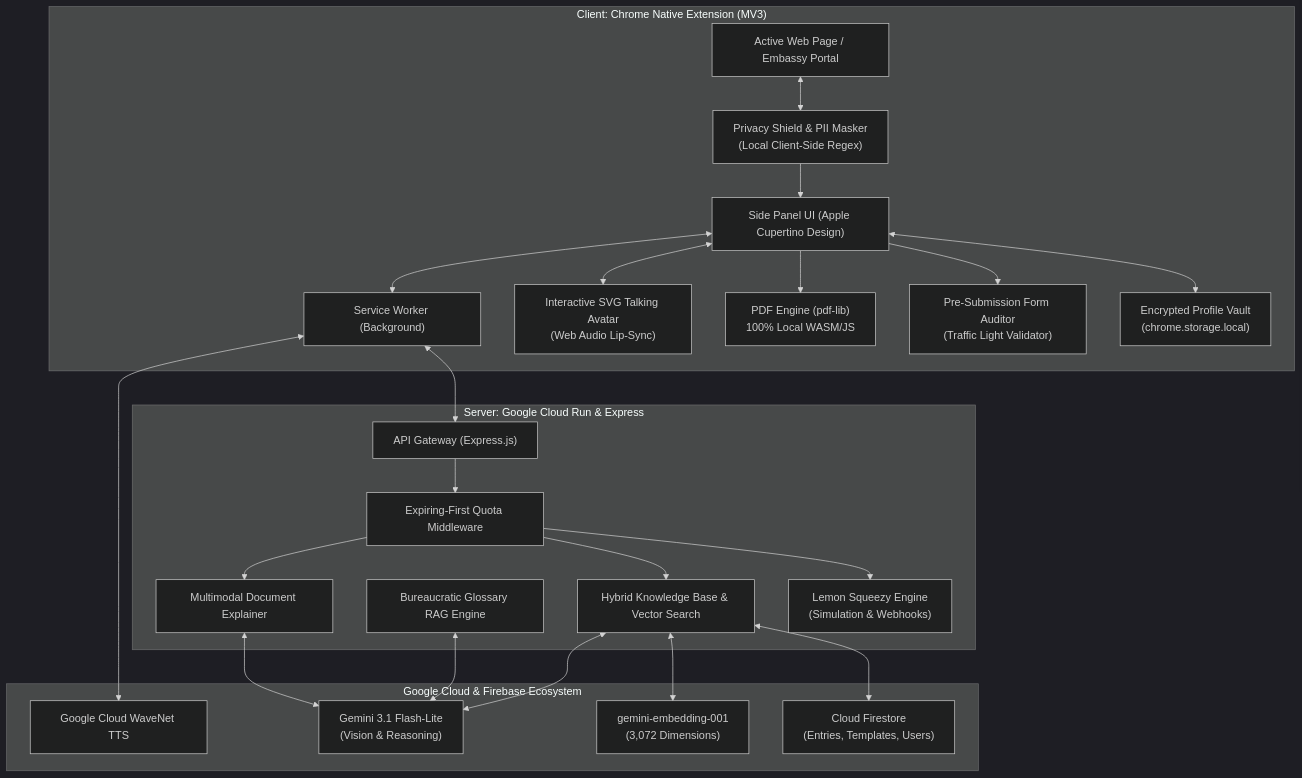
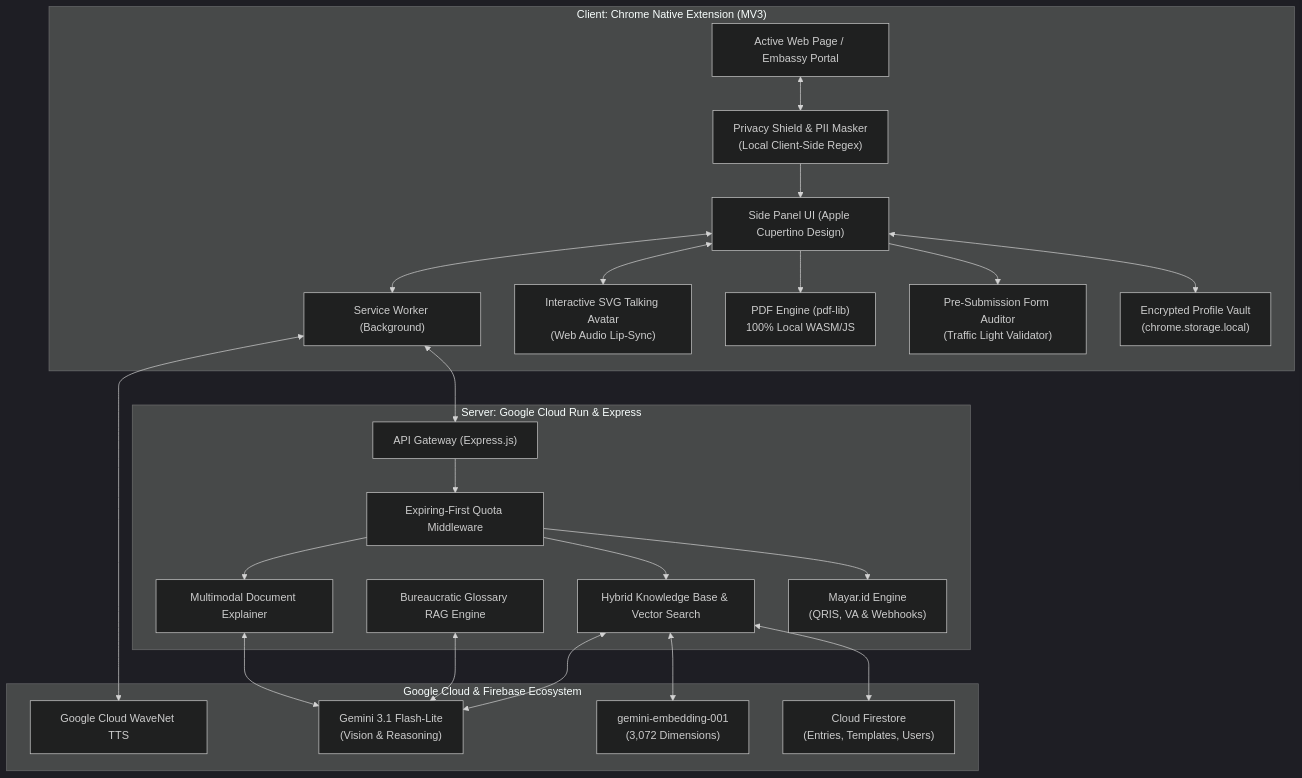
Before and after one commit to arfabi/telmy.ai: the first of 6 diagrams in README.md, drawn with Mermaid (dark theme). The commit also changed other lines of this file and 14 other files, not shown here.

````diff
--- a/README.md
+++ b/README.md
@@ -41,48 +41,48 @@
 ```mermaid
 graph TD
     subgraph Browser ["Client: Chrome Native Extension (MV3)"]
         Tab["Active Web Page / Embassy Portal"]
         SW["Service Worker (Background)"]
         SP["Side Panel UI (Apple Cupertino Design)"]
         Avatar["Interactive SVG Talking Avatar\n(Web Audio Lip-Sync)"]
         Vault["Encrypted Profile Vault\n(chrome.storage.local)"]
         Shield["Privacy Shield & PII Masker\n(Local Client-Side Regex)"]
         Auditor["Pre-Submission Form Auditor\n(Traffic Light Validator)"]
         PDFClient["PDF Engine (pdf-lib)\n100% Local WASM/JS"]
     end
 
     subgraph Backend ["Server: Google Cloud Run & Express"]
         API["API Gateway (Express.js)"]
         QuotaMid["Expiring-First Quota Middleware"]
         DictSvc["Hybrid Knowledge Base & Vector Search"]
         BuroSvc["Bureaucratic Glossary RAG Engine"]
         PDFSvc["Multimodal Document Explainer"]
-        PaySvc["Lemon Squeezy Engine\n(Simulation & Webhooks)"]
+        PaySvc["Mayar.id Engine\n(QRIS, VA & Webhooks)"]
     end
 
     subgraph GoogleAI ["Google Cloud & Firebase Ecosystem"]
         GeminiFlash["Gemini 3.1 Flash-Lite\n(Vision & Reasoning)"]
         GeminiEmbed["gemini-embedding-001\n(3,072 Dimensions)"]
         GoogleTTS["Google Cloud WaveNet TTS"]
         Firestore["Cloud Firestore\n(Entries, Templates, Users)"]
     end
 
     Tab <--> Shield
     Shield --> SP
     SP <--> Vault
     SP --> Auditor
     SP --> PDFClient
     SP <--> Avatar
     SP <--> SW
     SW <--> API
     API --> QuotaMid
     QuotaMid --> PaySvc
     QuotaMid --> DictSvc
     QuotaMid --> PDFSvc
     DictSvc <--> Firestore
     DictSvc <--> GeminiEmbed
     DictSvc <--> GeminiFlash
     BuroSvc <--> GeminiFlash
     PDFSvc <--> GeminiFlash
     SW <--> GoogleTTS
 ```
````
